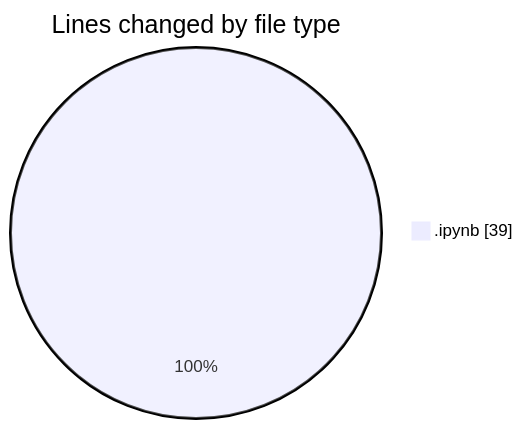
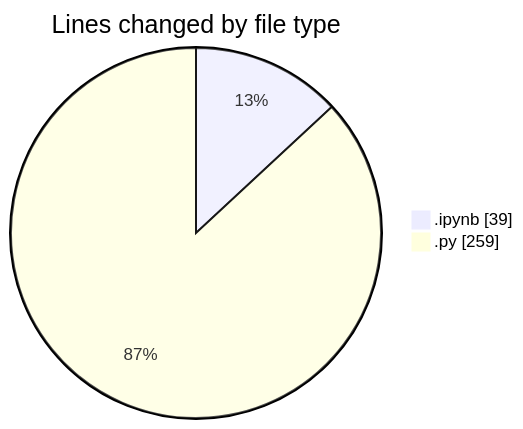
The first of 2 diagrams in 2025-03-15/myws__workspace_/README.md (MatusMokan/code-tracking), drawn with Mermaid before and after one commit. The commit also changed other lines of this file and 1 other file, not shown here.

````diff
--- a/2025-03-15/myws__workspace_/README.md
+++ b/2025-03-15/myws__workspace_/README.md
@@ -20,5 +21,6 @@
 ```mermaid
 pie showData
 title Lines changed by file type
 ".ipynb" : 39
+".py" : 259
 ```
````
